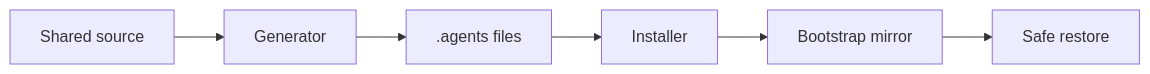
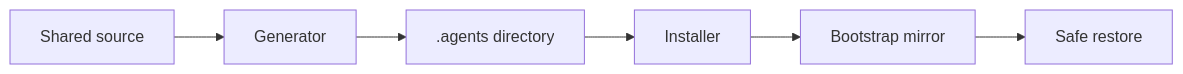
One commit to Ghisso/github_copilot_bootstrap changed the first of 3 diagrams in docs/architecture.md. Above: the diagram before and after it, drawn with Mermaid. The commit also changed other lines of this file and 18 other files, not shown here.

````diff
--- a/docs/architecture.md
+++ b/docs/architecture.md
@@ -205,8 +208,8 @@
 ```mermaid
 flowchart LR
     S[Shared source] --> G[Generator]
-    G --> A[.agents files]
+    G --> A[.agents directory]
     A --> I[Installer]
     I --> M[Bootstrap mirror]
     M --> R[Safe restore]
 ```
````
